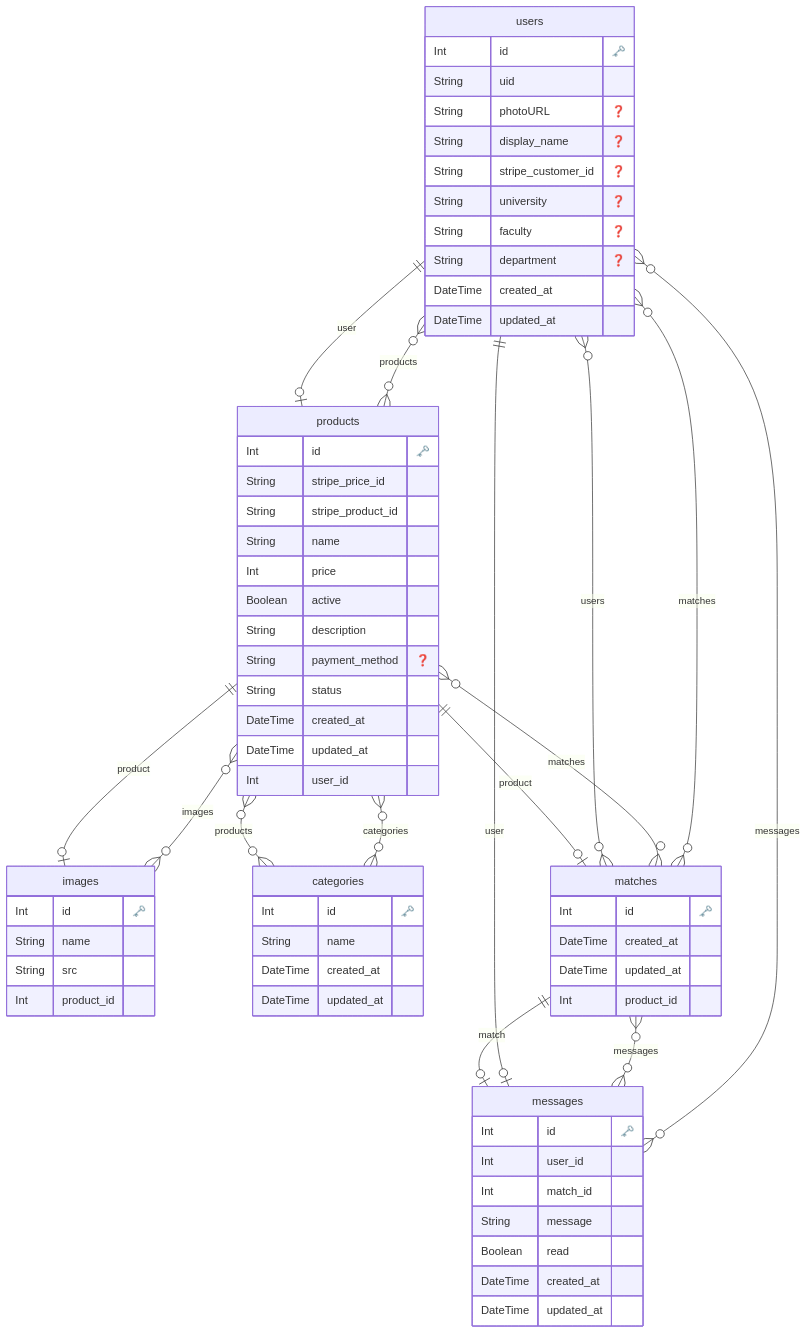
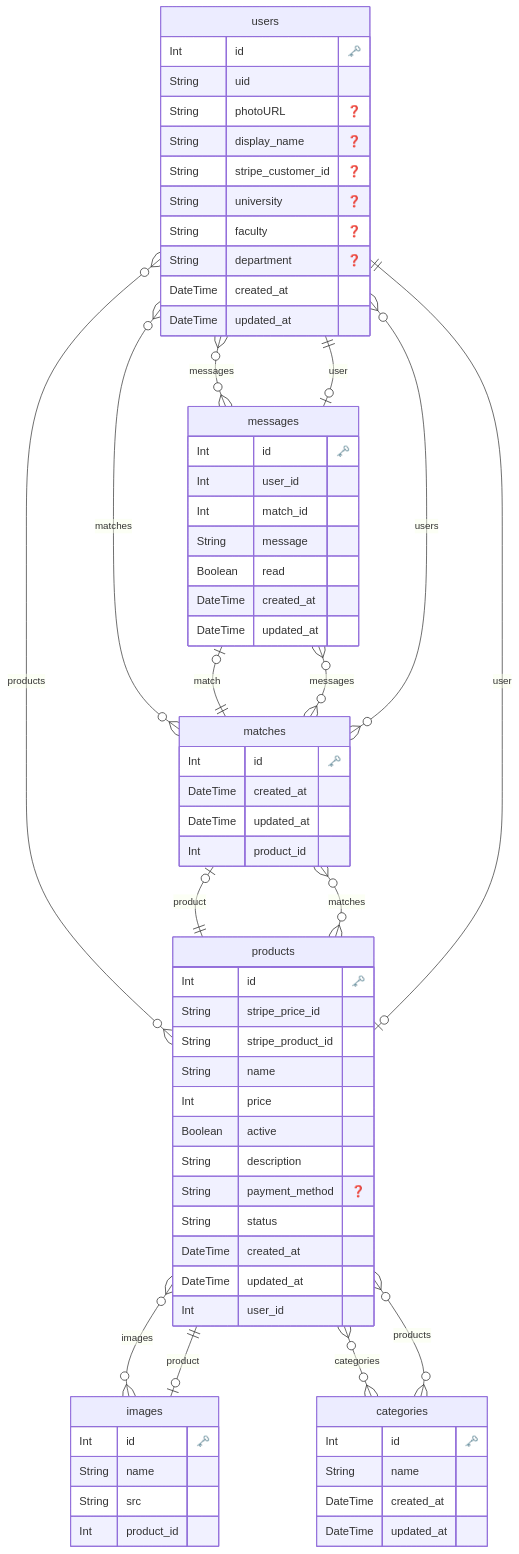
Before and after one commit to 1zumisawashun/unifree-client: the diagram in prisma/scheme.md, drawn with Mermaid. The commit also changed other lines of this file and 1 other file, not shown here.

````diff
--- a/prisma/scheme.md
+++ b/prisma/scheme.md
@@ -1,82 +1,82 @@
 ```mermaid
 erDiagram
 
   "users" {
     Int id "🗝️"
     String uid 
     String photoURL "❓"
     String display_name "❓"
     String stripe_customer_id "❓"
     String university "❓"
     String faculty "❓"
     String department "❓"
     DateTime created_at 
     DateTime updated_at 
     }
   
 
   "products" {
     Int id "🗝️"
     String stripe_price_id 
     String stripe_product_id 
     String name 
     Int price 
     Boolean active 
     String description 
     String payment_method "❓"
     String status 
     DateTime created_at 
     DateTime updated_at 
     Int user_id 
     }
   
 
   "images" {
     Int id "🗝️"
     String name 
     String src 
     Int product_id 
     }
   
 
   "categories" {
     Int id "🗝️"
     String name 
     DateTime created_at 
     DateTime updated_at 
     }
   
 
   "matches" {
     Int id "🗝️"
     DateTime created_at 
     DateTime updated_at 
     Int product_id 
     }
   
 
   "messages" {
     Int id "🗝️"
     Int user_id 
     Int match_id 
     String message 
     Boolean read 
     DateTime created_at 
     DateTime updated_at 
     }
   
+    "users" o{--}o "messages" : "messages"
     "users" o{--}o "products" : "products"
     "users" o{--}o "matches" : "matches"
-    "users" o{--}o "messages" : "messages"
+    "products" o{--}o "images" : "images"
+    "products" o{--}o "matches" : "matches"
     "products" o|--|| "users" : "user"
     "products" o{--}o "categories" : "categories"
-    "products" o{--}o "images" : "images"
-    "products" o{--}o "matches" : "matches"
     "images" o|--|| "products" : "product"
     "categories" o{--}o "products" : "products"
+    "matches" o|--|| "products" : "product"
+    "matches" o{--}o "messages" : "messages"
     "matches" o{--}o "users" : "users"
-    "matches" o{--}o "messages" : "messages"
-    "matches" o|--|| "products" : "product"
+    "messages" o|--|| "matches" : "match"
     "messages" o|--|| "users" : "user"
-    "messages" o|--|| "matches" : "match"
 ```
````
